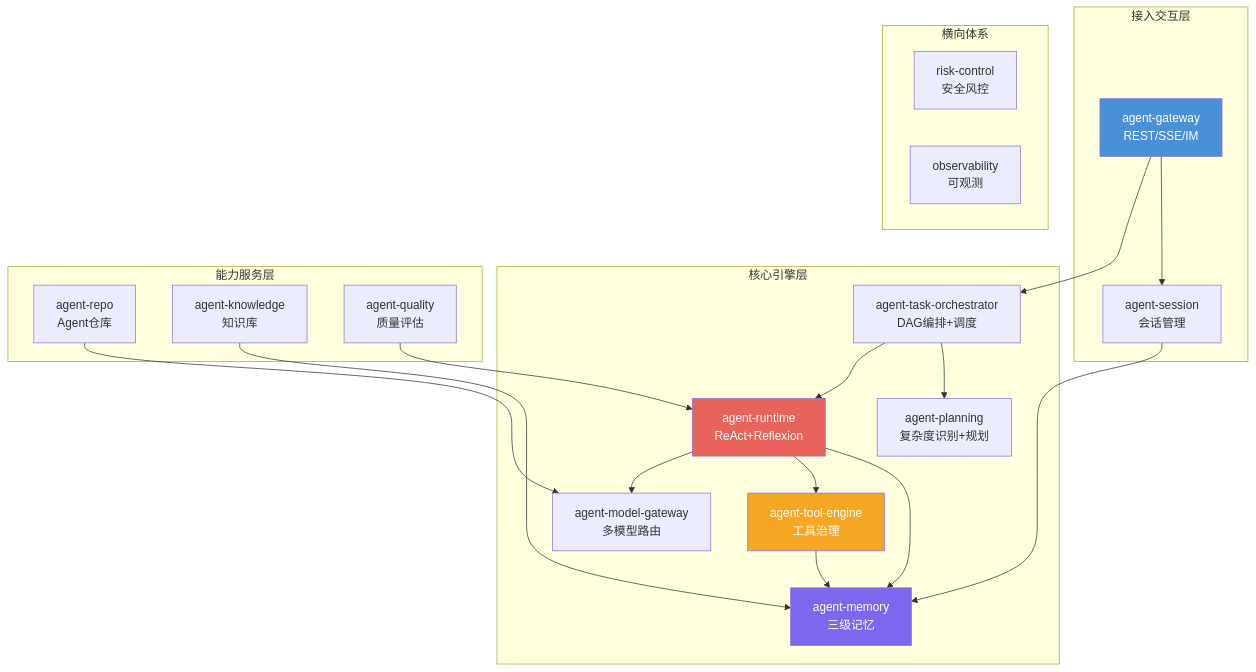
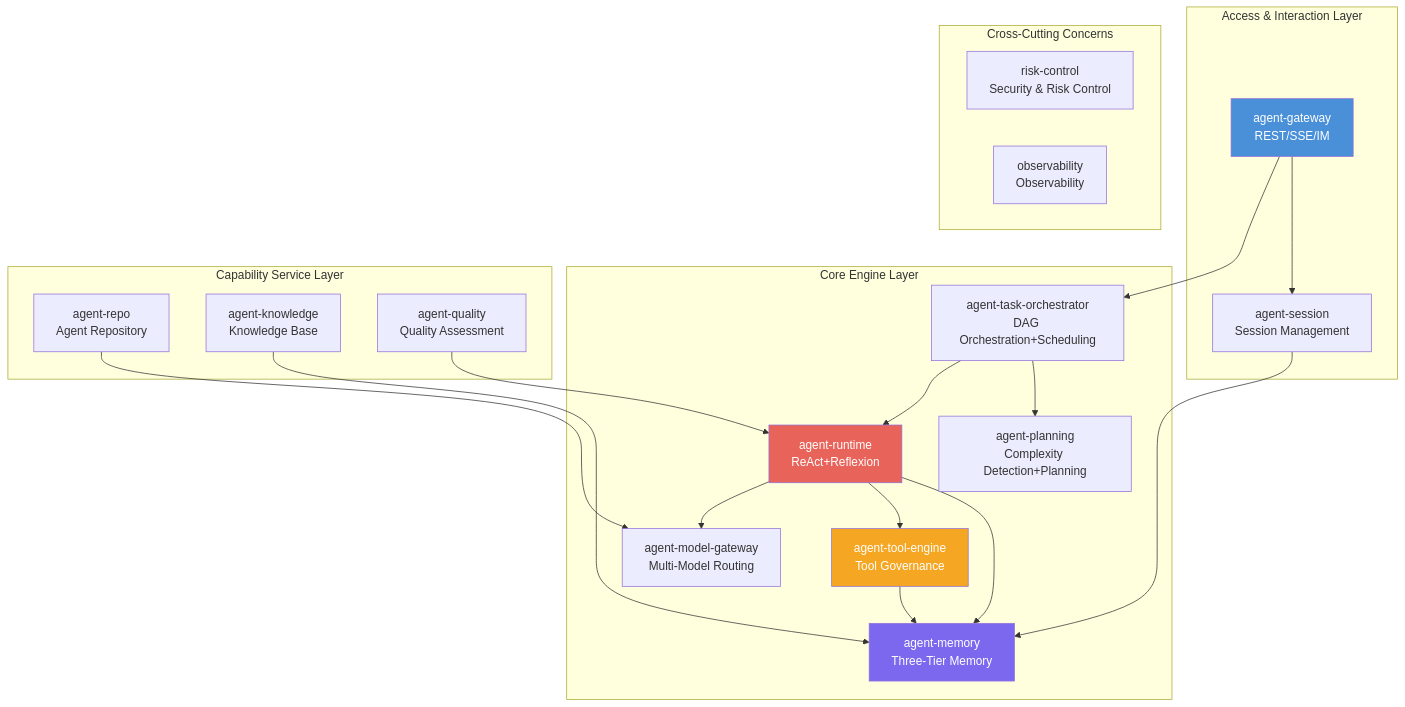
Before and after one commit to ZedeX/agentforge: the first of 2 diagrams in README.md, drawn with Mermaid. The commit also changed other lines of this file and 6 other files, not shown here.

````diff
--- a/README.md
+++ b/README.md
@@ -81,45 +87,45 @@
 ```mermaid
 graph TB
-    subgraph "接入交互层"
+    subgraph "Access & Interaction Layer"
         GW[agent-gateway<br/>REST/SSE/IM]
-        SS[agent-session<br/>会话管理]
+        SS[agent-session<br/>Session Management]
     end
 
-    subgraph "核心引擎层"
-        TO[agent-task-orchestrator<br/>DAG编排+调度]
-        PL[agent-planning<br/>复杂度识别+规划]
+    subgraph "Core Engine Layer"
+        TO[agent-task-orchestrator<br/>DAG Orchestration+Scheduling]
+        PL[agent-planning<br/>Complexity Detection+Planning]
         RT[agent-runtime<br/>ReAct+Reflexion]
-        MM[agent-memory<br/>三级记忆]
-        TE[agent-tool-engine<br/>工具治理]
-        MG[agent-model-gateway<br/>多模型路由]
+        MM[agent-memory<br/>Three-Tier Memory]
+        TE[agent-tool-engine<br/>Tool Governance]
+        MG[agent-model-gateway<br/>Multi-Model Routing]
     end
 
-    subgraph "能力服务层"
-        AR[agent-repo<br/>Agent仓库]
-        KN[agent-knowledge<br/>知识库]
-        QA[agent-quality<br/>质量评估]
+    subgraph "Capability Service Layer"
+        AR[agent-repo<br/>Agent Repository]
+        KN[agent-knowledge<br/>Knowledge Base]
+        QA[agent-quality<br/>Quality Assessment]
     end
 
-    subgraph "横向体系"
-        RC[risk-control<br/>安全风控]
-        OB[observability<br/>可观测]
+    subgraph "Cross-Cutting Concerns"
+        RC[risk-control<br/>Security & Risk Control]
+        OB[observability<br/>Observability]
     end
 
     GW --> SS
     GW --> TO
     SS --> MM
     TO --> PL
     TO --> RT
     RT --> MM
     RT --> TE
     RT --> MG
     TE --> MM
     AR --> MG
     KN --> MM
     QA --> RT
 
     style GW fill:#4A90D9,color:#fff
     style RT fill:#E8635A,color:#fff
     style MM fill:#7B68EE,color:#fff
     style TE fill:#F5A623,color:#fff
 ```
````
